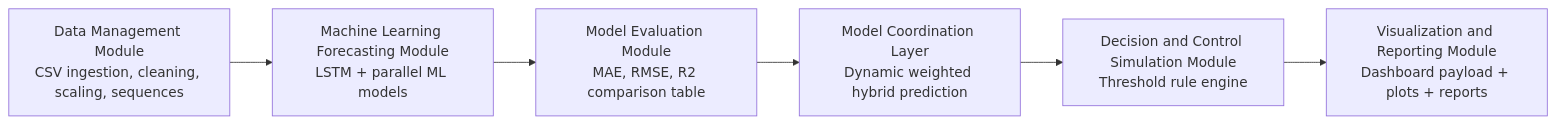
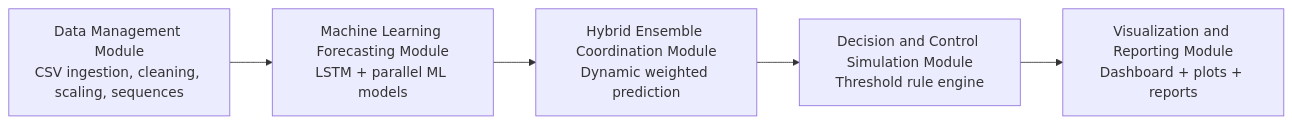
The diagram in README.md (abhiveeramallu/GreenHouseMicroClimateForcastingModel), drawn with Mermaid before and after one commit. The commit also changed other lines of this file, not shown here.

First line of the commit message:
Update README with Proposed System and detailed module descriptions

````diff
--- a/README.md
+++ b/README.md
@@ -16,17 +20,10 @@
 ```mermaid
 flowchart LR
-    A[Data Management Module
-CSV ingestion, cleaning, scaling, sequences]
-    B[Machine Learning Forecasting Module
-LSTM + parallel ML models]
-    C[Model Evaluation Module
-MAE, RMSE, R2 comparison table]
-    D[Model Coordination Layer
-Dynamic weighted hybrid prediction]
-    E[Decision and Control Simulation Module
-Threshold rule engine]
-    F[Visualization and Reporting Module
-Dashboard payload + plots + reports]
+    A[Data Management Module<br/>CSV ingestion, cleaning, scaling, sequences]
+    B[Machine Learning Forecasting Module<br/>LSTM + parallel ML models]
+    C[Hybrid Ensemble Coordination Module<br/>Dynamic weighted prediction]
+    D[Decision and Control Simulation Module<br/>Threshold rule engine]
+    E[Visualization and Reporting Module<br/>Dashboard + plots + reports]
 
-    A --> B --> C --> D --> E --> F
+    A --> B --> C --> D --> E
 ```
````
